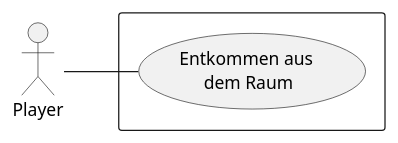
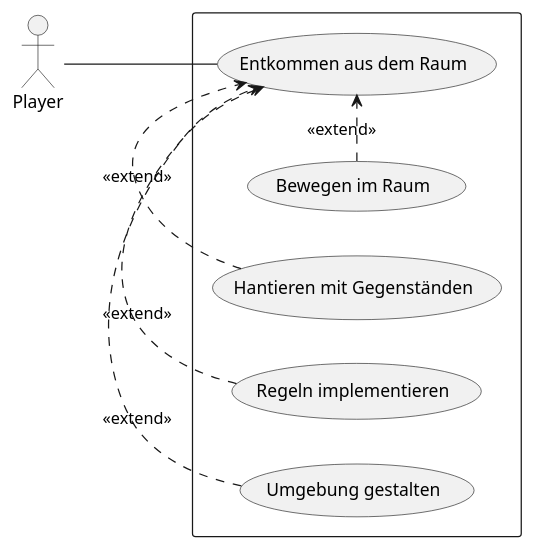
The second of 3 diagrams in asciidocs/index.adoc (1920-3ahitm-itp/VR-Escape-Room), drawn with PlantUML before and after one commit.

Commit message:
updated Use case Diagram

```diff
--- a/asciidocs/index.adoc
+++ b/asciidocs/index.adoc
@@ -66,8 +66,13 @@
 [plantuml]
 ----
     left to right direction
     actor Player
     rectangle {
-     Player -- (Entkommen aus \ndem Raum)
+     Player -- (Entkommen aus dem Raum)
+    (Bewegen im Raum) .>(Entkommen aus dem Raum) :<<extend>>
+    (Hantieren mit Gegenständen) .>(Entkommen aus dem Raum) :<<extend>>
+    (Regeln implementieren) .>(Entkommen aus dem Raum) :<<extend>>
+    (Umgebung gestalten) .>(Entkommen aus dem Raum) :<<extend>>
+
     }
 ----
```
